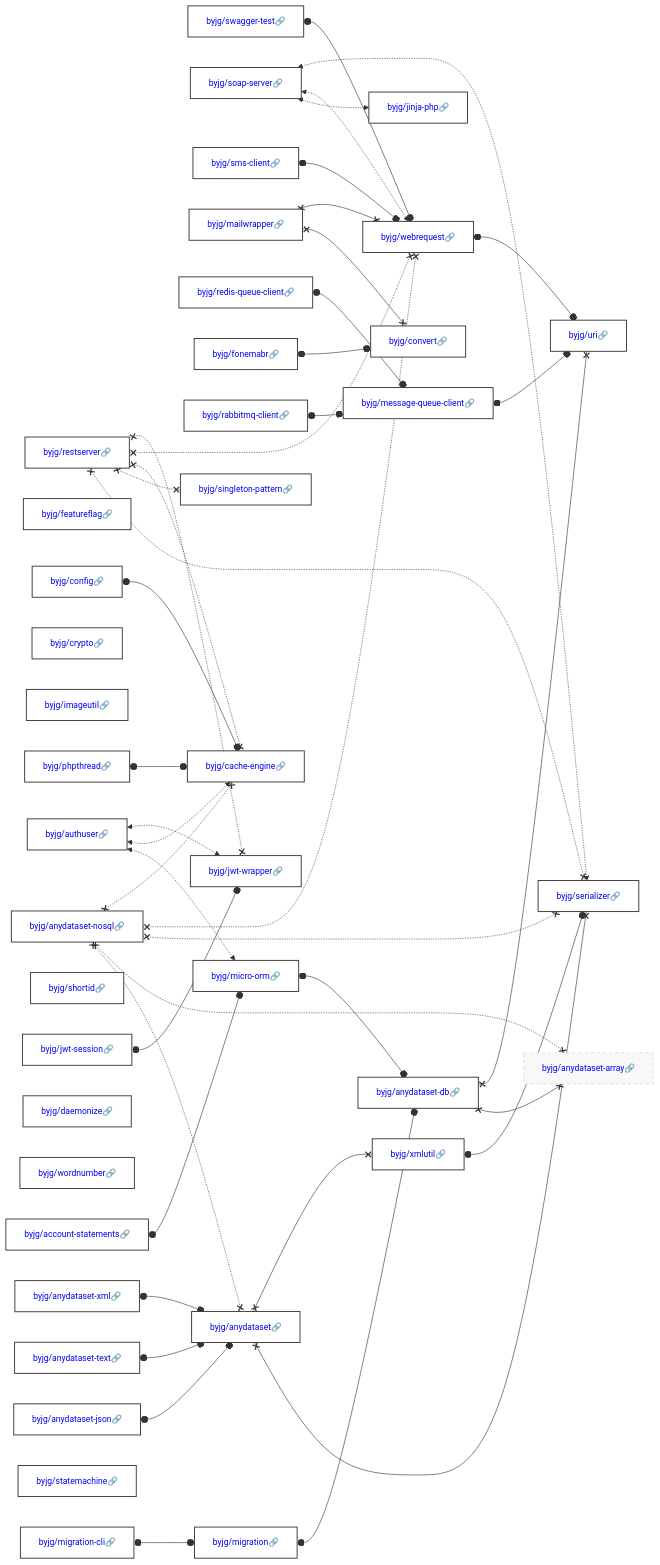
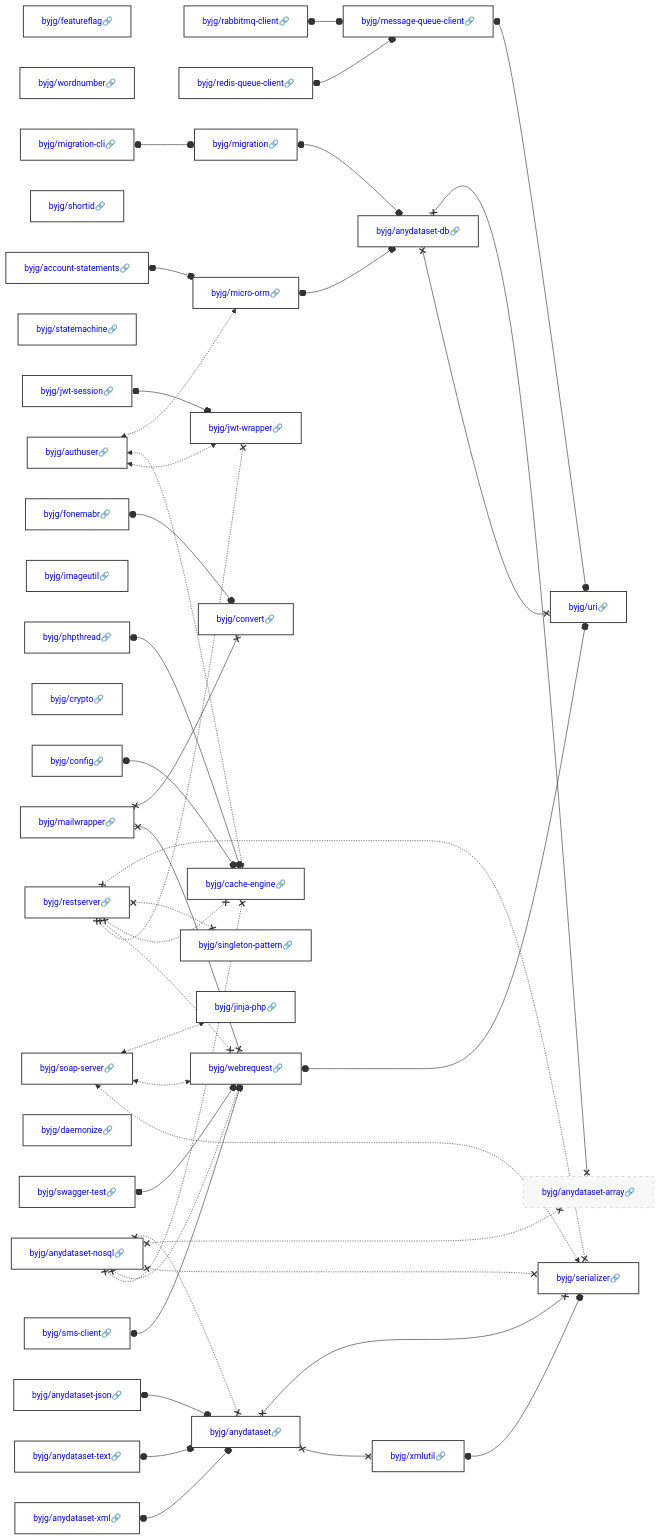
One commit to byjg/byjg.github.io changed the diagram in docs/php/README.md. Above: the diagram before and after it, drawn with Mermaid. The commit also changed other lines of this file and 1 other file, not shown here.

Commit message:
Update documentation 'php' 'php-crypto'

````diff
--- a/docs/php/README.md
+++ b/docs/php/README.md
@@ -3,40 +3,40 @@
 ```mermaid
 graph LR;
+  byjg/featureflag[<a href='https://opensource.byjg.com/docs/php/featureflag' style='text-decoration:none'>byjg/featureflag🔗</a>];
+  byjg/wordnumber[<a href='https://opensource.byjg.com/docs/php/wordnumber' style='text-decoration:none'>byjg/wordnumber🔗</a>];
+  byjg/authuser[<a href='https://opensource.byjg.com/docs/php/authuser' style='text-decoration:none'>byjg/authuser🔗</a>];
+  byjg/shortid[<a href='https://opensource.byjg.com/docs/php/shortid' style='text-decoration:none'>byjg/shortid🔗</a>];
+  byjg/rabbitmq-client[<a href='https://opensource.byjg.com/docs/php/rabbitmq-client' style='text-decoration:none'>byjg/rabbitmq-client🔗</a>];
+  byjg/mailwrapper[<a href='https://opensource.byjg.com/docs/php/mailwrapper' style='text-decoration:none'>byjg/mailwrapper🔗</a>];
+  byjg/statemachine[<a href='https://opensource.byjg.com/docs/php/statemachine' style='text-decoration:none'>byjg/statemachine🔗</a>];
+  byjg/soap-server[<a href='https://opensource.byjg.com/docs/php/soap-server' style='text-decoration:none'>byjg/soap-server🔗</a>];
+  byjg/anydataset-text[<a href='https://opensource.byjg.com/docs/php/anydataset-text' style='text-decoration:none'>byjg/anydataset-text🔗</a>];
+  byjg/anydataset-json[<a href='https://opensource.byjg.com/docs/php/anydataset-json' style='text-decoration:none'>byjg/anydataset-json🔗</a>];
+  byjg/imageutil[<a href='https://opensource.byjg.com/docs/php/imageutil' style='text-decoration:none'>byjg/imageutil🔗</a>];
+  byjg/jwt-session[<a href='https://opensource.byjg.com/docs/php/jwt-session' style='text-decoration:none'>byjg/jwt-session🔗</a>];
+  byjg/crypto[<a href='https://opensource.byjg.com/docs/php/crypto' style='text-decoration:none'>byjg/crypto🔗</a>];
+  byjg/anydataset-nosql[<a href='https://opensource.byjg.com/docs/php/anydataset-nosql' style='text-decoration:none'>byjg/anydataset-nosql🔗</a>];
+  byjg/restserver[<a href='https://opensource.byjg.com/docs/php/restserver' style='text-decoration:none'>byjg/restserver🔗</a>];
+  byjg/anydataset-xml[<a href='https://opensource.byjg.com/docs/php/anydataset-xml' style='text-decoration:none'>byjg/anydataset-xml🔗</a>];
+  byjg/account-statements[<a href='https://opensource.byjg.com/docs/php/account-statements' style='text-decoration:none'>byjg/account-statements🔗</a>];
+  byjg/daemonize[<a href='https://opensource.byjg.com/docs/php/daemonize' style='text-decoration:none'>byjg/daemonize🔗</a>];
   byjg/swagger-test[<a href='https://opensource.byjg.com/docs/php/swagger-test' style='text-decoration:none'>byjg/swagger-test🔗</a>];
-  byjg/restserver[<a href='https://opensource.byjg.com/docs/php/restserver' style='text-decoration:none'>byjg/restserver🔗</a>];
-  byjg/featureflag[<a href='https://opensource.byjg.com/docs/php/featureflag' style='text-decoration:none'>byjg/featureflag🔗</a>];
-  byjg/soap-server[<a href='https://opensource.byjg.com/docs/php/soap-server' style='text-decoration:none'>byjg/soap-server🔗</a>];
-  byjg/account-statements[<a href='https://opensource.byjg.com/docs/php/account-statements' style='text-decoration:none'>byjg/account-statements🔗</a>];
+  byjg/migration-cli[<a href='https://opensource.byjg.com/docs/php/migration-cli' style='text-decoration:none'>byjg/migration-cli🔗</a>];
+  byjg/phpthread[<a href='https://opensource.byjg.com/docs/php/phpthread' style='text-decoration:none'>byjg/phpthread🔗</a>];
+  byjg/fonemabr[<a href='https://opensource.byjg.com/docs/php/fonemabr' style='text-decoration:none'>byjg/fonemabr🔗</a>];
+  byjg/config[<a href='https://opensource.byjg.com/docs/php/config' style='text-decoration:none'>byjg/config🔗</a>];
   byjg/sms-client[<a href='https://opensource.byjg.com/docs/php/sms-client' style='text-decoration:none'>byjg/sms-client🔗</a>];
-  byjg/crypto[<a href='https://opensource.byjg.com/docs/php/crypto' style='text-decoration:none'>byjg/crypto🔗</a>];
-  byjg/imageutil[<a href='https://opensource.byjg.com/docs/php/imageutil' style='text-decoration:none'>byjg/imageutil🔗</a>];
-  byjg/mailwrapper[<a href='https://opensource.byjg.com/docs/php/mailwrapper' style='text-decoration:none'>byjg/mailwrapper🔗</a>];
-  byjg/phpthread[<a href='https://opensource.byjg.com/docs/php/phpthread' style='text-decoration:none'>byjg/phpthread🔗</a>];
   byjg/redis-queue-client[<a href='https://opensource.byjg.com/docs/php/redis-queue-client' style='text-decoration:none'>byjg/redis-queue-client🔗</a>];
-  byjg/migration-cli[<a href='https://opensource.byjg.com/docs/php/migration-cli' style='text-decoration:none'>byjg/migration-cli🔗</a>];
-  byjg/anydataset-json[<a href='https://opensource.byjg.com/docs/php/anydataset-json' style='text-decoration:none'>byjg/anydataset-json🔗</a>];
-  byjg/fonemabr[<a href='https://opensource.byjg.com/docs/php/fonemabr' style='text-decoration:none'>byjg/fonemabr🔗</a>];
-  byjg/shortid[<a href='https://opensource.byjg.com/docs/php/shortid' style='text-decoration:none'>byjg/shortid🔗</a>];
-  byjg/anydataset-text[<a href='https://opensource.byjg.com/docs/php/anydataset-text' style='text-decoration:none'>byjg/anydataset-text🔗</a>];
-  byjg/daemonize[<a href='https://opensource.byjg.com/docs/php/daemonize' style='text-decoration:none'>byjg/daemonize🔗</a>];
-  byjg/rabbitmq-client[<a href='https://opensource.byjg.com/docs/php/rabbitmq-client' style='text-decoration:none'>byjg/rabbitmq-client🔗</a>];
-  byjg/wordnumber[<a href='https://opensource.byjg.com/docs/php/wordnumber' style='text-decoration:none'>byjg/wordnumber🔗</a>];
-  byjg/config[<a href='https://opensource.byjg.com/docs/php/config' style='text-decoration:none'>byjg/config🔗</a>];
-  byjg/jwt-session[<a href='https://opensource.byjg.com/docs/php/jwt-session' style='text-decoration:none'>byjg/jwt-session🔗</a>];
-  byjg/anydataset-xml[<a href='https://opensource.byjg.com/docs/php/anydataset-xml' style='text-decoration:none'>byjg/anydataset-xml🔗</a>];
-  byjg/anydataset-nosql[<a href='https://opensource.byjg.com/docs/php/anydataset-nosql' style='text-decoration:none'>byjg/anydataset-nosql🔗</a>];
-  byjg/statemachine[<a href='https://opensource.byjg.com/docs/php/statemachine' style='text-decoration:none'>byjg/statemachine🔗</a>];
-  byjg/authuser[<a href='https://opensource.byjg.com/docs/php/authuser' style='text-decoration:none'>byjg/authuser🔗</a>];
+  byjg/jinja-php[<a href='https://opensource.byjg.com/docs/php/jinja-php' style='text-decoration:none'>byjg/jinja-php🔗</a>];
   byjg/singleton-pattern[<a href='https://opensource.byjg.com/docs/php/singleton-pattern' style='text-decoration:none'>byjg/singleton-pattern🔗</a>];
-  byjg/jinja-php[<a href='https://opensource.byjg.com/docs/php/jinja-php' style='text-decoration:none'>byjg/jinja-php🔗</a>];
+  byjg/jwt-wrapper[<a href='https://opensource.byjg.com/docs/php/jwt-wrapper' style='text-decoration:none'>byjg/jwt-wrapper🔗</a>];
+  byjg/anydataset[<a href='https://opensource.byjg.com/docs/php/anydataset' style='text-decoration:none'>byjg/anydataset🔗</a>];
+  byjg/micro-orm[<a href='https://opensource.byjg.com/docs/php/micro-orm' style='text-decoration:none'>byjg/micro-orm🔗</a>];
   byjg/migration[<a href='https://opensource.byjg.com/docs/php/migration' style='text-decoration:none'>byjg/migration🔗</a>];
   byjg/convert[<a href='https://opensource.byjg.com/docs/php/convert' style='text-decoration:none'>byjg/convert🔗</a>];
+  byjg/cache-engine[<a href='https://opensource.byjg.com/docs/php/cache-engine' style='text-decoration:none'>byjg/cache-engine🔗</a>];
+  byjg/webrequest[<a href='https://opensource.byjg.com/docs/php/webrequest' style='text-decoration:none'>byjg/webrequest🔗</a>];
   byjg/message-queue-client[<a href='https://opensource.byjg.com/docs/php/message-queue-client' style='text-decoration:none'>byjg/message-queue-client🔗</a>];
-  byjg/anydataset[<a href='https://opensource.byjg.com/docs/php/anydataset' style='text-decoration:none'>byjg/anydataset🔗</a>];
-  byjg/webrequest[<a href='https://opensource.byjg.com/docs/php/webrequest' style='text-decoration:none'>byjg/webrequest🔗</a>];
-  byjg/micro-orm[<a href='https://opensource.byjg.com/docs/php/micro-orm' style='text-decoration:none'>byjg/micro-orm🔗</a>];
-  byjg/cache-engine[<a href='https://opensource.byjg.com/docs/php/cache-engine' style='text-decoration:none'>byjg/cache-engine🔗</a>];
-  byjg/jwt-wrapper[<a href='https://opensource.byjg.com/docs/php/jwt-wrapper' style='text-decoration:none'>byjg/jwt-wrapper🔗</a>];
   byjg/xmlutil[<a href='https://opensource.byjg.com/docs/php/xmlutil' style='text-decoration:none'>byjg/xmlutil🔗</a>];
   byjg/anydataset-db[<a href='https://opensource.byjg.com/docs/php/anydataset-db' style='text-decoration:none'>byjg/anydataset-db🔗</a>];
   byjg/serializer[<a href='https://opensource.byjg.com/docs/php/serializer' style='text-decoration:none'>byjg/serializer🔗</a>];
````
